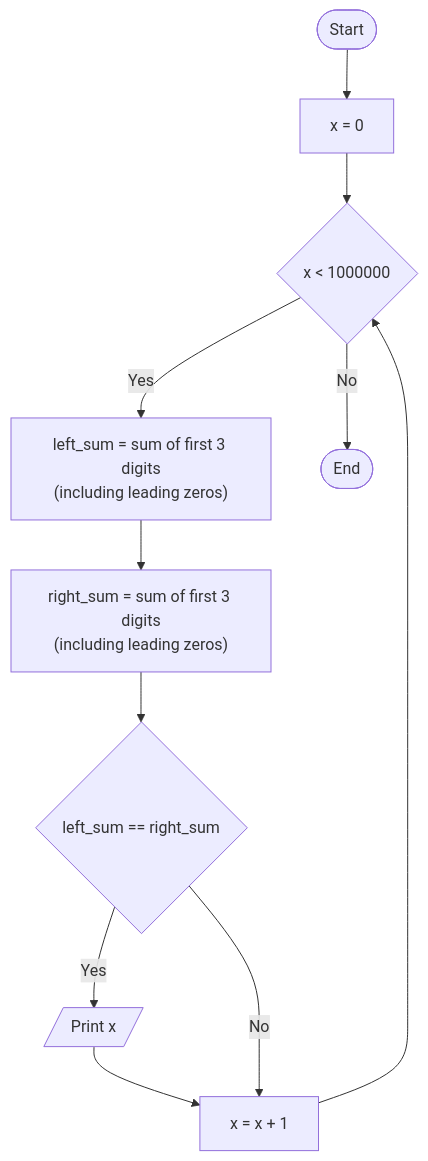
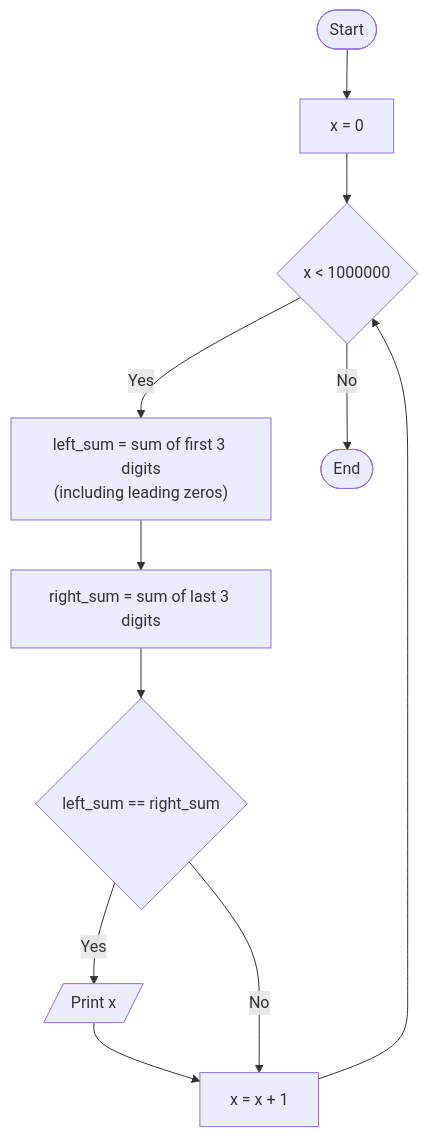
The diagram in lab4/diagram.mmd (reputet/learning-cpp), drawn with Mermaid before and after one commit. The commit also changed 1 other file, not shown here.

```diff
--- a/lab4/diagram.mmd
+++ b/lab4/diagram.mmd
@@ -1,10 +1,10 @@
 graph TD
     Start([Start]) --> x[x = 0]
     x --> while{x < 1000000}
     while --> |Yes| left["left_sum = sum of first 3 digits<br>(including leading zeros)"]
-    left --> right["right_sum = sum of first 3 digits<br>(including leading zeros)"]
+    left --> right["right_sum = sum of last 3 digits"]
     right --> compare{left_sum == right_sum}
     compare --> |Yes| print[/Print x/] --> increment
     compare --> |No| increment["x = x + 1"]
     while --> |No| End([End])
     increment --> while
```
